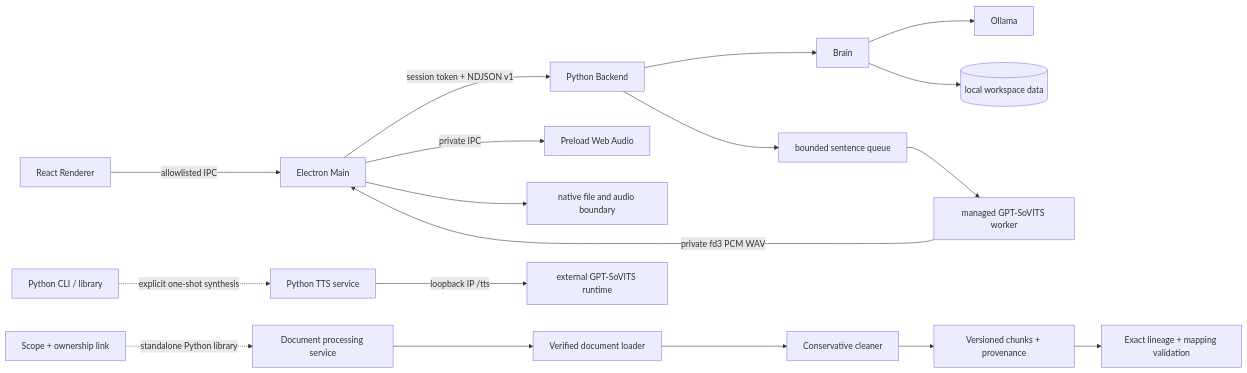
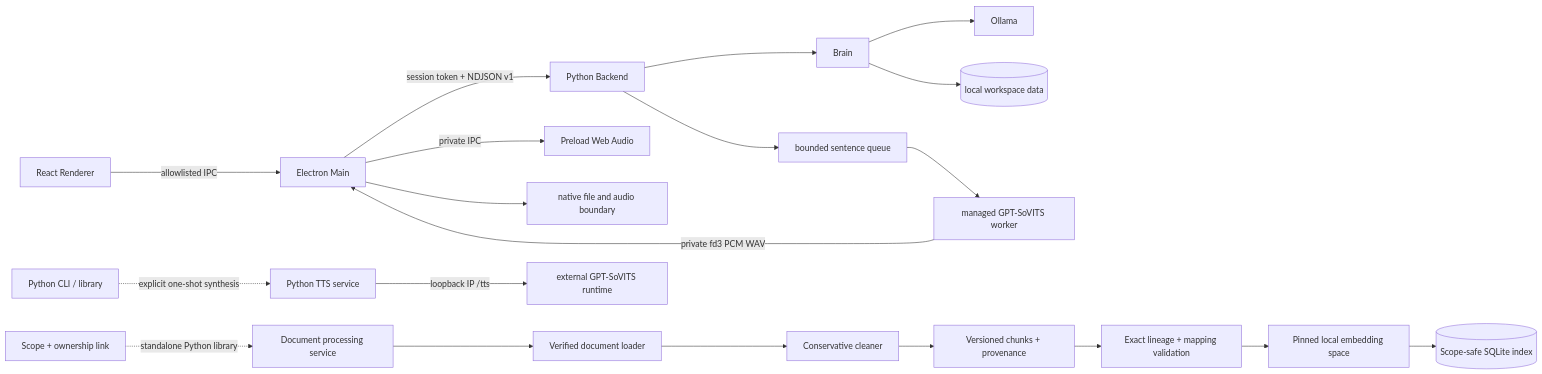
Before and after one commit to ActorF/Elysia_AI: the diagram in README.en.md, drawn with Mermaid. The commit also changed other lines of this file and 16 other files, not shown here.

Commit message:
Add-scope-safe-local-vector-index

````diff
--- a/README.en.md
+++ b/README.en.md
@@ -70,20 +70,22 @@
 ```mermaid
 flowchart LR
     R[React Renderer] -->|allowlisted IPC| E[Electron Main]
     E -->|session token + NDJSON v1| P[Python Backend]
     P --> B[Brain]
     B --> O[Ollama]
     B --> D[(local workspace data)]
     P --> Q[bounded sentence queue]
     Q --> M[managed GPT-SoVITS worker]
     M -->|private fd3 PCM WAV| E
     E -->|private IPC| W[Preload Web Audio]
     C[Python CLI / library] -. explicit one-shot synthesis .-> T[Python TTS service]
     T -->|loopback IP /tts| G[external GPT-SoVITS runtime]
     E --> H[native file and audio boundary]
     A[Scope + ownership link] -. standalone Python library .-> S[Document processing service]
     S --> L[Verified document loader]
     L --> N[Conservative cleaner]
     N --> K[Versioned chunks + provenance]
     K --> V[Exact lineage + mapping validation]
+    V --> X[Pinned local embedding space]
+    X --> Z[(Scope-safe SQLite index)]
 ```
````
